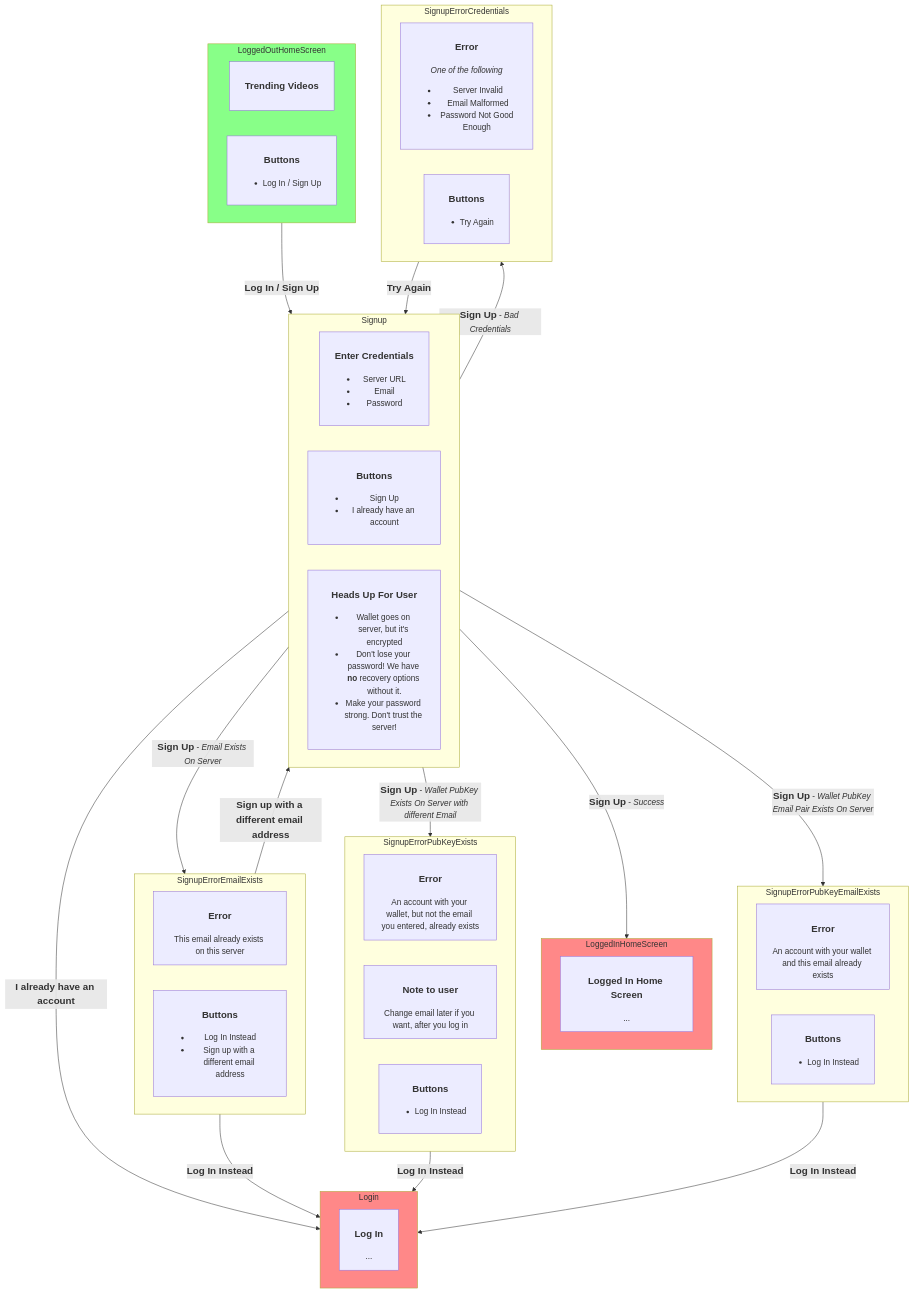
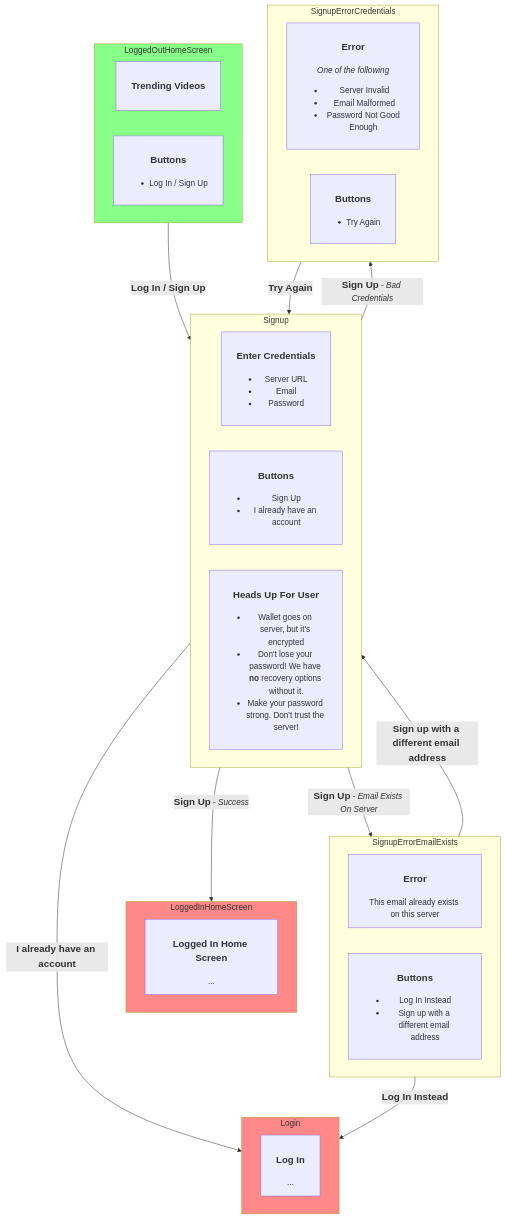
Before and after one commit to orblivion/lbry-wallet-sync-draft: the third of 16 diagrams in spec/user-flows.md, drawn with Mermaid. The commit also changed other lines of this file, not shown here.

````diff
--- a/spec/user-flows.md
+++ b/spec/user-flows.md
@@ -47,75 +54,55 @@
 ```mermaid
 flowchart TD
   classDef start fill:#8f8;
   classDef finish fill:#f88;
   LoggedOutHomeScreen:::start
   LoggedInHomeScreen:::finish
   Login:::finish
 
   LoggedOutHomeScreen --<big><b>Log In / Sign Up</b></big>--> Signup
   Signup --<big><b>Sign Up</b></big> - <i>Success</i>--> LoggedInHomeScreen
   Signup --<big><b>I already have an account</b></big>--> Login
 
   Signup --<big><b>Sign Up</b></big> - <i>Bad Credentials</i>--> SignupErrorCredentials
   SignupErrorCredentials --<big><b>Try Again</b></big>--> Signup
 
   Signup --<big><b>Sign Up</b></big> - <i>Email Exists On Server</i>--> SignupErrorEmailExists
   SignupErrorEmailExists --<big><b>Sign up with a different email address</b></big>--> Signup
   SignupErrorEmailExists --<big><b>Log In Instead</b></big>--> Login
 
-  Signup --<big><b>Sign Up</b></big> - <i>Wallet PubKey Exists On Server with different Email</i>--> SignupErrorPubKeyExists
-  SignupErrorPubKeyExists --<big><b>Log In Instead</b></big>--> Login
-
-  Signup --<big><b>Sign Up</b></big> - <i>Wallet PubKey Email Pair Exists On Server</i>--> SignupErrorPubKeyEmailExists
-  SignupErrorPubKeyEmailExists --<big><b>Log In Instead</b></big>--> Login
-
   subgraph LoggedOutHomeScreen
     direction RL
     LoggedOutHomeScreen1[<h3>Trending Videos</h3>]
     LoggedOutHomeScreen2[<h3>Buttons</h3><ul><li>Log In / Sign Up</li></ul>]
   end
 
   subgraph LoggedInHomeScreen
     direction RL
     LoggedInHomeScreen1[<h3>Logged In Home Screen</h3>...]
   end
 
   subgraph Login
     direction RL
     Login1[<h3>Log In</h3>...]
-  end
-
-  subgraph SignupErrorPubKeyEmailExists
-    direction RL
-    SignupErrorPubKeyEmailExists1[<h3>Error</h3>An account with your wallet and this email already exists]
-    SignupErrorPubKeyEmailExists2[<h3>Buttons</h3><ul><li>Log In Instead</li></ul>]
   end
 
   subgraph SignupErrorEmailExists
     direction RL
     SignupErrorEmailExists1[<h3>Error</h3>This email already exists on this server]
     SignupErrorEmailExists2[<h3>Buttons</h3><ul><li>Log In Instead</li><li>Sign up with a different email address</li></ul>]
   end
 
   subgraph Signup
     direction RL
     Signup1[<h3>Enter Credentials</h3><ul><li>Server URL</li><li>Email</li><li>Password</li></ul>]
     Signup2[<h3>Buttons</h3><ul><li>Sign Up</li></ul>]
     Signup2[<h3>Buttons</h3><ul><li>Sign Up</li><li>I already have an account</li></ul>]
     Signup3[<h3>Heads Up For User</h3><ul><li>Wallet goes on server, but it's encrypted<li>Don't lose your password! We have <b>no</b> recovery options without it.<li>Make your password strong. Don't trust the server!</ul>]
   end
 
   subgraph SignupErrorCredentials
     direction RL
     SignupErrorCredentials1[<h3>Error</h3><i>One of the following</i><ul><li> Server Invalid<li> Email Malformed<li> Password Not Good Enough</ul>]
     SignupErrorCredentials2[<h3>Buttons</h3><ul><li>Try Again</li></ul>]
   end
-
-
-  subgraph SignupErrorPubKeyExists
-    direction RL
-    SignupErrorPubKeyExists1[<h3>Error</h3>An account with your wallet, but not the email you entered, already exists]
-    SignupErrorPubKeyExists2[<h3>Note to user</h3>Change email later if you want, after you log in]
-    SignupErrorPubKeyExists3[<h3>Buttons</h3><ul><li>Log In Instead</li></ul>]
-  end
 ```
````
